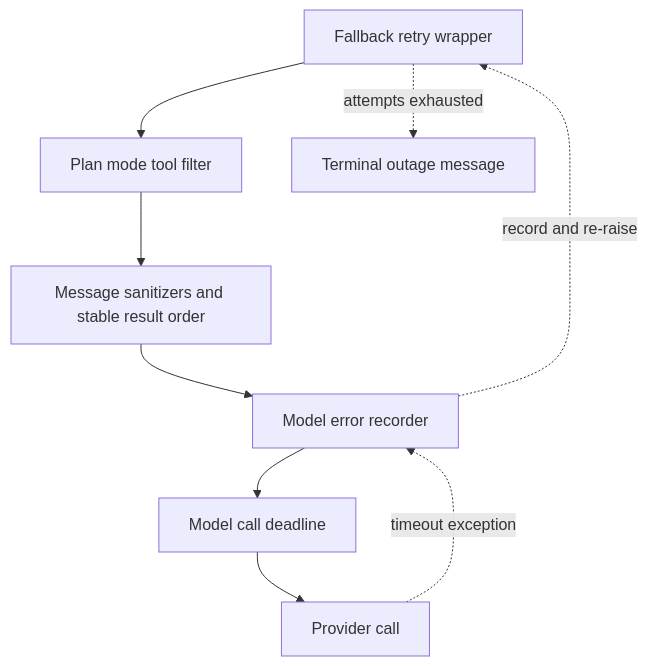
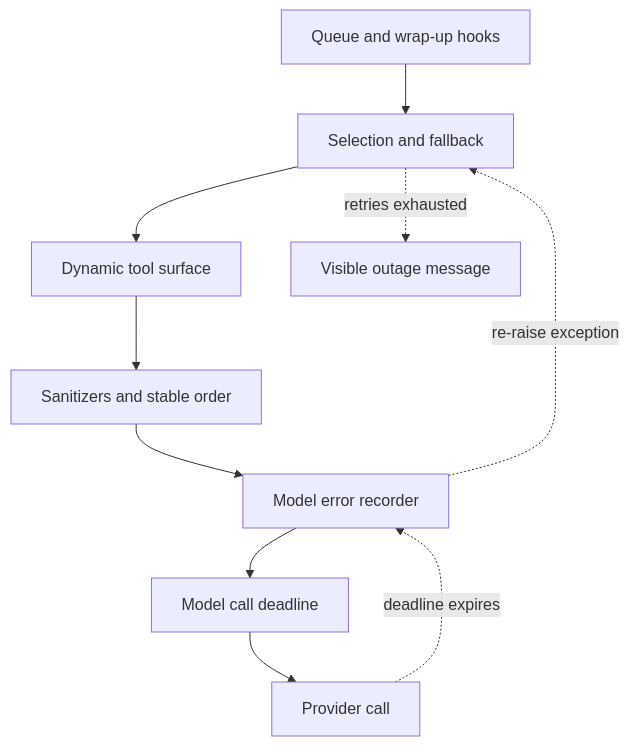
Before and after one commit to langchain-ai/open-swe: the diagram in openwiki/architecture/middleware-stack.md, drawn with Mermaid. The commit also changed other lines of this file and 51 other files, not shown here.

````diff
--- a/openwiki/architecture/middleware-stack.md
+++ b/openwiki/architecture/middleware-stack.md
@@ -93,11 +92,12 @@
 ```mermaid
 flowchart TD
-  Fallback["Fallback retry wrapper"] --> Plan["Plan mode tool filter"]
-  Plan --> Clean["Message sanitizers and stable result order"]
-  Clean --> Errors["Model error recorder"]
-  Errors --> Deadline["Model call deadline"]
+  Queue["Queue and wrap-up hooks"] --> Route["Selection and fallback"]
+  Route --> Tools["Dynamic tool surface"]
+  Tools --> Clean["Sanitizers and stable order"]
+  Clean --> Record["Model error recorder"]
+  Record --> Deadline["Model call deadline"]
   Deadline --> Provider["Provider call"]
-  Provider -. "timeout exception" .-> Errors
-  Errors -. "record and re-raise" .-> Fallback
-  Fallback -. "attempts exhausted" .-> Outage["Terminal outage message"]
+  Provider -. "deadline expires" .-> Record
+  Record -. "re-raise exception" .-> Route
+  Route -. "retries exhausted" .-> Outage["Visible outage message"]
 ```
````
